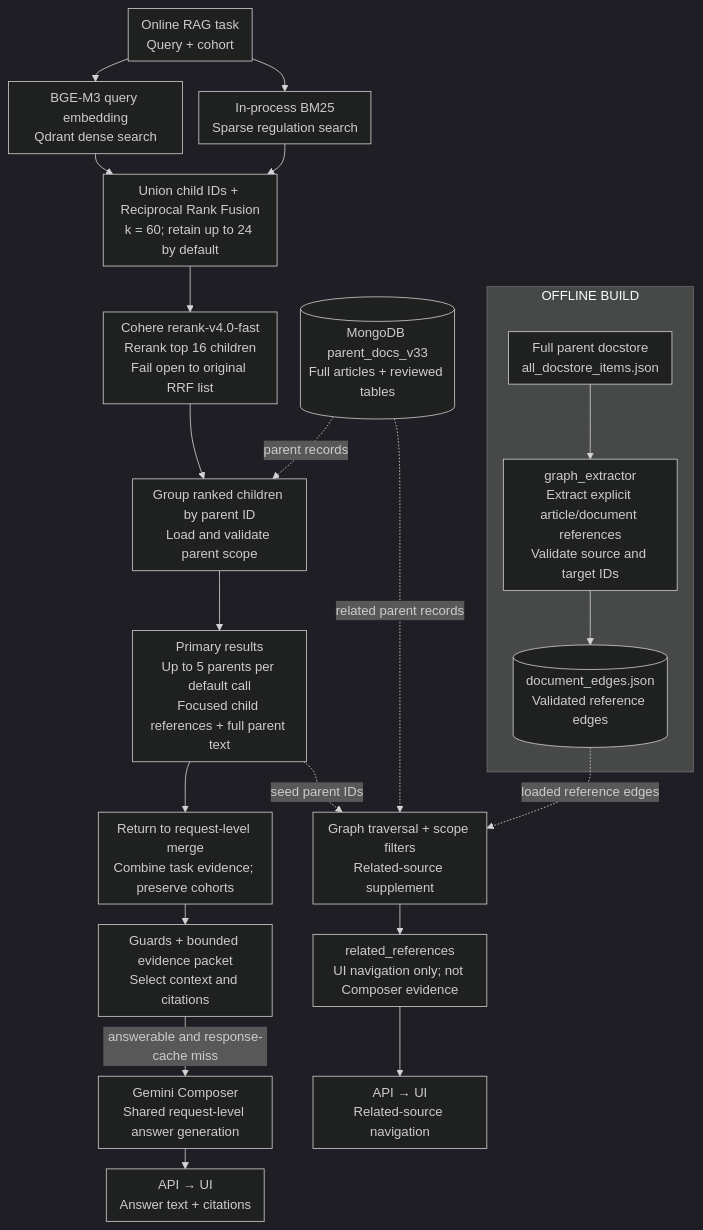
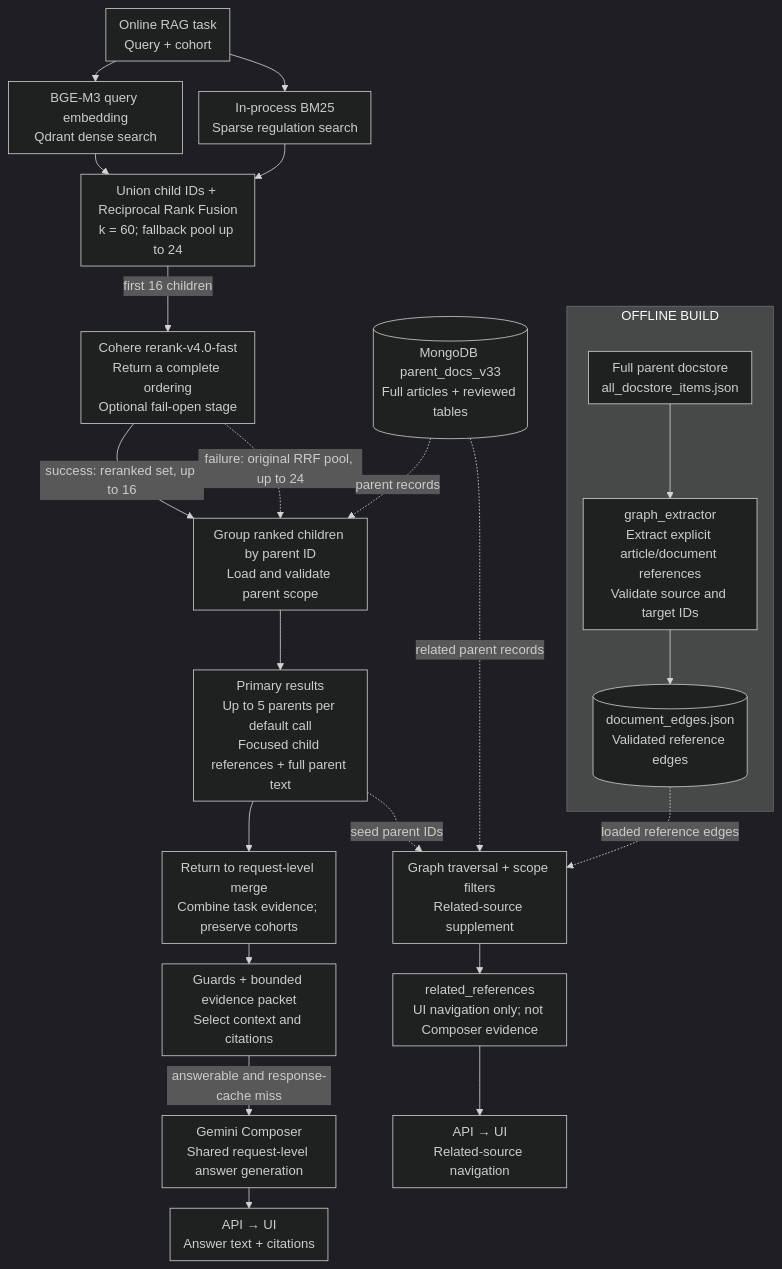
One commit to AnhPhiNe/student-handbook-rag-chatbot changed the fourth of 5 diagrams in README.md. Above: the diagram before and after it, drawn with Mermaid (dark theme). The commit also changed other lines of this file, not shown here.

```diff
--- a/README.md
+++ b/README.md
@@ -311,25 +321,26 @@
 ~~~mermaid
 %%{init: {"flowchart": {"wrappingWidth": 180, "nodeSpacing": 20, "rankSpacing": 25, "padding": 8}}}%%
 flowchart TD
     subgraph Offline["OFFLINE BUILD"]
         Docstore["Full parent docstore<br/>all_docstore_items.json"] --> Extract["graph_extractor<br/>Extract explicit article/document references<br/>Validate source and target IDs"]
         Extract --> Edges[("document_edges.json<br/>Validated reference edges")]
     end
     Task["Online RAG task<br/>Query + cohort"] --> Dense["BGE-M3 query embedding<br/>Qdrant dense search"]
     Task --> Sparse["In-process BM25<br/>Sparse regulation search"]
-    Dense --> Fusion["Union child IDs + Reciprocal Rank Fusion<br/>k = 60; retain up to 24 by default"]
+    Dense --> Fusion["Union child IDs + Reciprocal Rank Fusion<br/>k = 60; fallback pool up to 24"]
     Sparse --> Fusion
-    Fusion --> Rerank["Cohere rerank-v4.0-fast<br/>Rerank top 16 children<br/>Fail open to original RRF list"]
-    Rerank --> Group["Group ranked children by parent ID<br/>Load and validate parent scope"]
+    Fusion -->|first 16 children| Rerank["Cohere rerank-v4.0-fast<br/>Return a complete ordering<br/>Optional fail-open stage"]
+    Rerank -->|success: reranked set, up to 16| Group["Group ranked children by parent ID<br/>Load and validate parent scope"]
+    Rerank -.->|failure: original RRF pool, up to 24| Group
     Mongo[("MongoDB parent_docs_v33<br/>Full articles + reviewed tables")] -. parent records .-> Group
     Group --> Primary["Primary results<br/>Up to 5 parents per default call<br/>Focused child references + full parent text"]
     Primary --> Merge["Return to request-level merge<br/>Combine task evidence; preserve cohorts"]
     Merge --> Packet["Guards + bounded evidence packet<br/>Select context and citations"]
     Packet -->|answerable and response-cache miss| Composer["Gemini Composer<br/>Shared request-level answer generation"]
     Composer --> Answer["API → UI<br/>Answer text + citations"]
     Primary -. seed parent IDs .-> Graph["Graph traversal + scope filters<br/>Related-source supplement"]
     Mongo -. related parent records .-> Graph
     Graph --> Related["related_references<br/>UI navigation only; not Composer evidence"]
     Related --> Navigation["API → UI<br/>Related-source navigation"]
     Edges -. loaded reference edges .-> Graph
 ~~~
```
